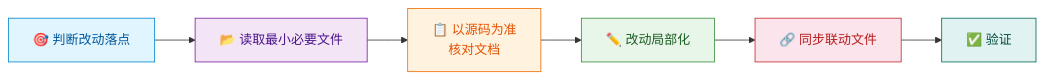
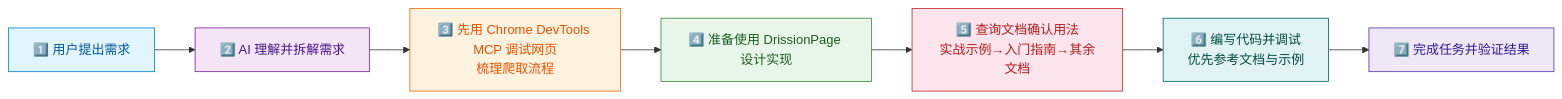
Before and after one commit to fqxue/drissionpage-skills: the second of 5 diagrams in README.md, drawn with Mermaid. The commit also changed 1 other file, not shown here.

Commit message:
docs: align workflow with MCP-first 7-step process

````diff
--- a/README.md
+++ b/README.md
@@ -139,15 +139,17 @@
 ```mermaid
 flowchart LR
-    A["🎯 判断改动落点"] --> B["📂 读取最小必要文件"]
-    B --> C["📋 以源码为准<br/>核对文档"]
-    C --> D["✏️ 改动局部化"]
-    D --> E["🔗 同步联动文件"]
-    E --> F["✅ 验证"]
+    A["1️⃣ 用户提出需求"] --> B["2️⃣ AI 理解并拆解需求"]
+    B --> C["3️⃣ 先用 Chrome DevTools MCP 调试网页<br/>梳理爬取流程"]
+    C --> D["4️⃣ 准备使用 DrissionPage 设计实现"]
+    D --> E["5️⃣ 查询文档确认用法<br/>实战示例→入门指南→其余文档"]
+    E --> F["6️⃣ 编写代码并调试<br/>优先参考文档与示例"]
+    F --> G["7️⃣ 完成任务并验证结果"]
 
     style A fill:#e1f5fe,stroke:#0288d1,color:#01579b
     style B fill:#f3e5f5,stroke:#7b1fa2,color:#4a148c
     style C fill:#fff3e0,stroke:#ef6c00,color:#e65100
     style D fill:#e8f5e9,stroke:#388e3c,color:#1b5e20
     style E fill:#fce4ec,stroke:#c62828,color:#b71c1c
     style F fill:#e0f2f1,stroke:#00695c,color:#004d40
+    style G fill:#ede7f6,stroke:#5e35b1,color:#311b92
 ```
````
